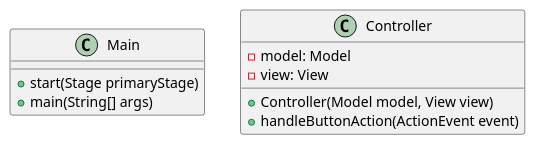
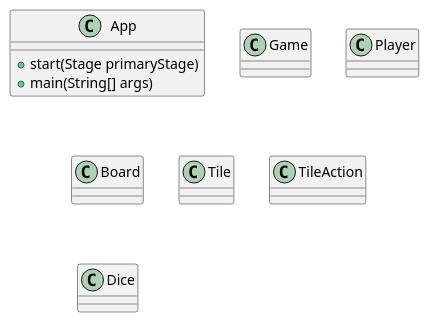
Before and after one commit to Segward/ladder-game: the diagram in classdiagram2.puml, drawn with PlantUML.

Commit message:
Made MVP classes in classdiagram2

```diff
--- a/classdiagram2.puml
+++ b/classdiagram2.puml
@@ -1,13 +1,31 @@
 @startuml
-class Main {
+class App {
     +start(Stage primaryStage)
     +main(String[] args)
 }
 
-class Controller {
-    -model: Model
-    -view: View
-    +Controller(Model model, View view)
-    +handleButtonAction(ActionEvent event)
+class Game {
+
 }
+
+class Player {
+
+}
+
+class Board {
+
+}
+
+class Tile {
+
+}
+
+class TileAction {
+    
+}
+
+class Dice {
+
+}
+
 @enduml
```
